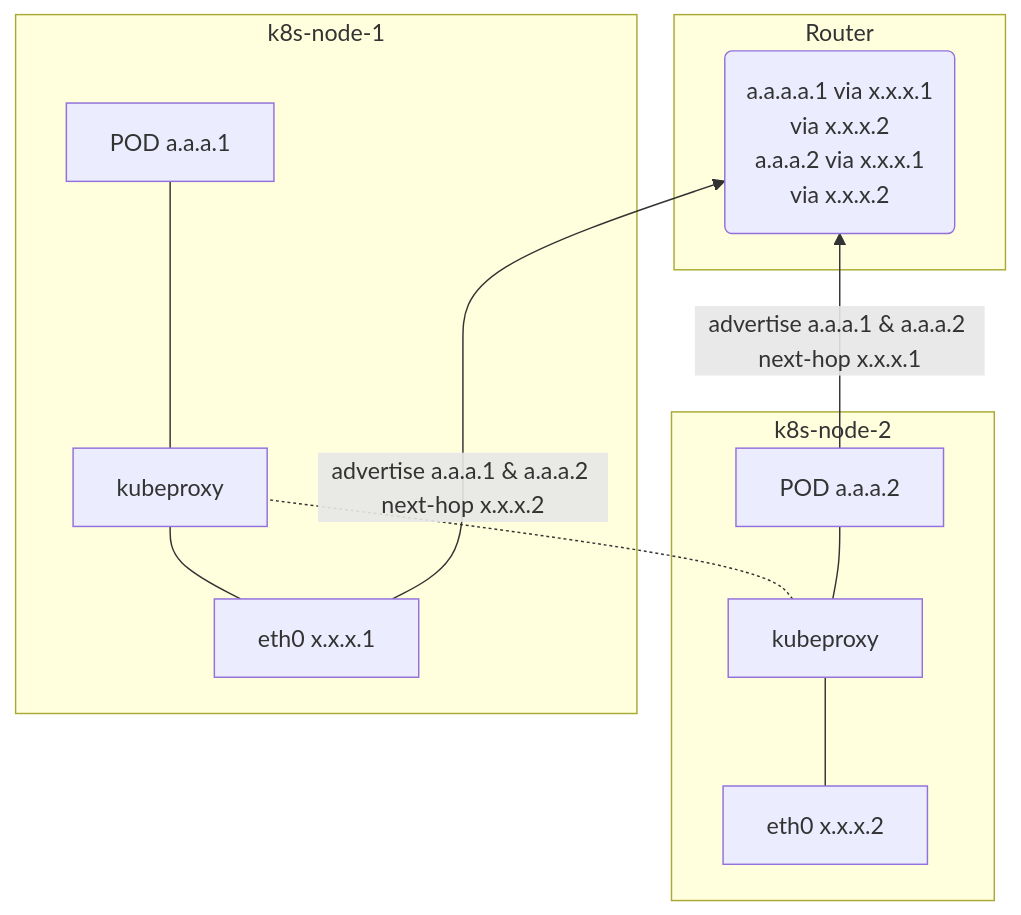
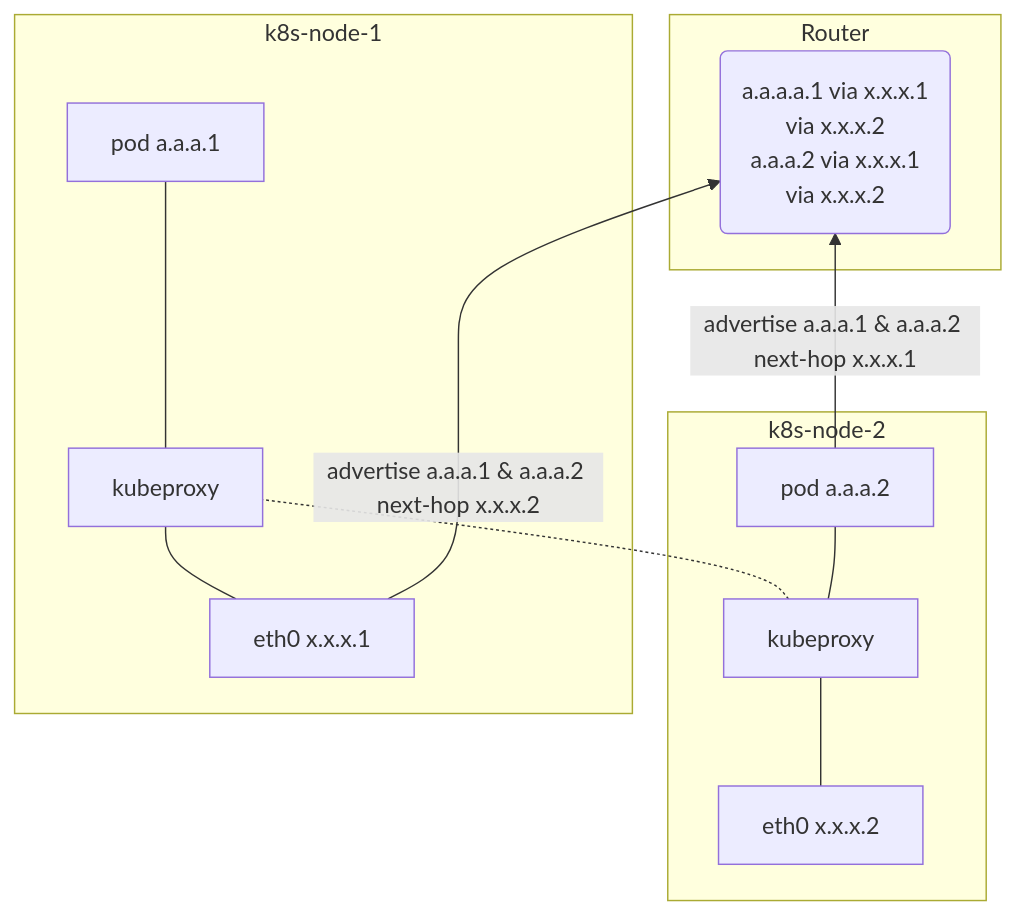
The diagram in website/content/how_it_works/howamiloadbalancing/_index.md (purelb/purelb), drawn with Mermaid before and after one commit. The commit also changed other lines of this file and 8 other files, not shown here.

```diff
--- a/website/content/how_it_works/howamiloadbalancing/_index.md
+++ b/website/content/how_it_works/howamiloadbalancing/_index.md
@@ -21,25 +21,25 @@
 {{<mermaid align="center">}}
 graph BT;
 
     subgraph Router
         A(a.a.a.a.1 via x.x.x.1 <br/> via x.x.x.2 <br/> a.a.a.2 via x.x.x.1 <br/> via x.x.x.2)
     end
     subgraph k8s-node-2
         B[eth0 x.x.x.2]
         C[kubeproxy]
-        D[POD a.a.a.2]
+        D[pod a.a.a.2]
     end
     subgraph k8s-node-1
         E[eth0 x.x.x.1]
         F[kubeproxy]
-        G[POD a.a.a.1]
+        G[pod a.a.a.1]
     end
     E---F
     F---G
     B---C
     C---D
     C-.-F
     D-->|advertise a.a.a.1 & a.a.a.2 next-hop x.x.x.1|A
     E-->|advertise a.a.a.1 & a.a.a.2 next-hop x.x.x.2|A
   
 {{</mermaid>}}
```
